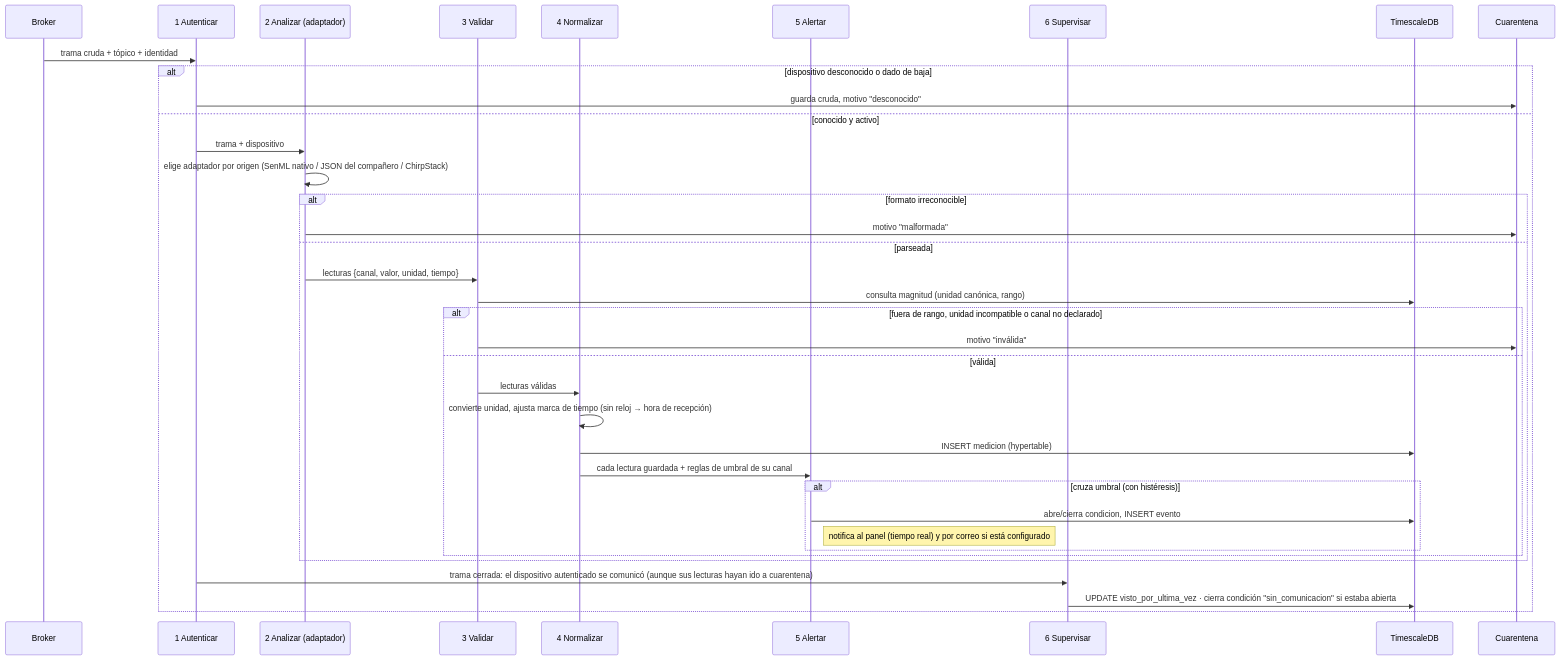
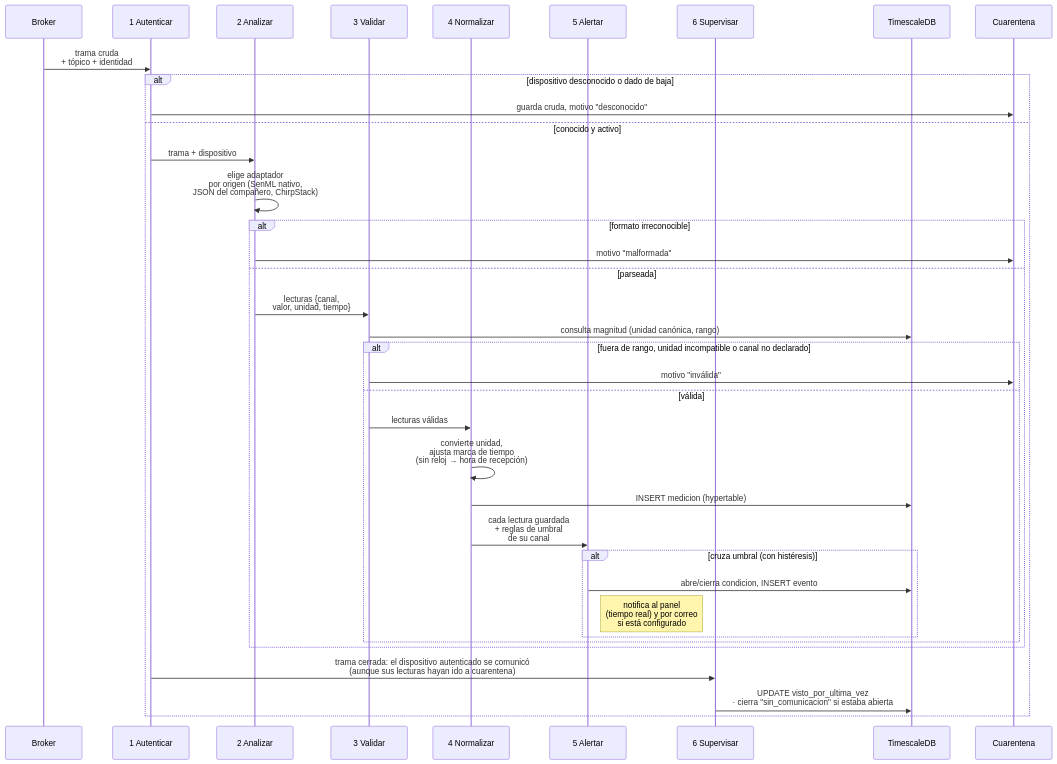
One commit to vicenterami/tesis changed the diagram in informe-oficial/figuras/mermaid/sec-pipeline.mmd. Above: the diagram before and after it, drawn with Mermaid. The commit also changed 20 other files, not shown here.

```diff
--- a/informe-oficial/figuras/mermaid/sec-pipeline.mmd
+++ b/informe-oficial/figuras/mermaid/sec-pipeline.mmd
@@ -1,38 +1,38 @@
 sequenceDiagram
     participant MQ as Broker
     participant F1 as 1 Autenticar
-    participant F2 as 2 Analizar (adaptador)
+    participant F2 as 2 Analizar
     participant F3 as 3 Validar
     participant F4 as 4 Normalizar
     participant F5 as 5 Alertar
     participant F6 as 6 Supervisar
     participant DB as TimescaleDB
     participant Q as Cuarentena
 
-    MQ->>F1: trama cruda + tópico + identidad
+    MQ->>F1: trama cruda<br/>+ tópico + identidad
     alt dispositivo desconocido o dado de baja
         F1->>Q: guarda cruda, motivo "desconocido"
     else conocido y activo
         F1->>F2: trama + dispositivo
-        F2->>F2: elige adaptador por origen (SenML nativo / JSON del compañero / ChirpStack)
+        F2->>F2: elige adaptador<br/>por origen (SenML nativo,<br/>JSON del compañero, ChirpStack)
         alt formato irreconocible
             F2->>Q: motivo "malformada"
         else parseada
-            F2->>F3: lecturas {canal, valor, unidad, tiempo}
+            F2->>F3: lecturas {canal,<br/>valor, unidad, tiempo}
             F3->>DB: consulta magnitud (unidad canónica, rango)
             alt fuera de rango, unidad incompatible o canal no declarado
                 F3->>Q: motivo "inválida"
             else válida
                 F3->>F4: lecturas válidas
-                F4->>F4: convierte unidad, ajusta marca de tiempo (sin reloj → hora de recepción)
+                F4->>F4: convierte unidad,<br/>ajusta marca de tiempo<br/>(sin reloj → hora de recepción)
                 F4->>DB: INSERT medicion (hypertable)
-                F4->>F5: cada lectura guardada + reglas de umbral de su canal
+                F4->>F5: cada lectura guardada<br/>+ reglas de umbral<br/>de su canal
                 alt cruza umbral (con histéresis)
                     F5->>DB: abre/cierra condicion, INSERT evento
-                    Note right of F5: notifica al panel (tiempo real) y por correo si está configurado
+                    Note right of F5: notifica al panel<br/>(tiempo real) y por correo<br/>si está configurado
                 end
             end
         end
-        F1->>F6: trama cerrada: el dispositivo autenticado se comunicó (aunque sus lecturas hayan ido a cuarentena)
-        F6->>DB: UPDATE visto_por_ultima_vez · cierra condición "sin_comunicacion" si estaba abierta
+        F1->>F6: trama cerrada: el dispositivo autenticado se comunicó<br/>(aunque sus lecturas hayan ido a cuarentena)
+        F6->>DB: UPDATE visto_por_ultima_vez<br/>· cierra "sin_comunicacion" si estaba abierta
     end
```
